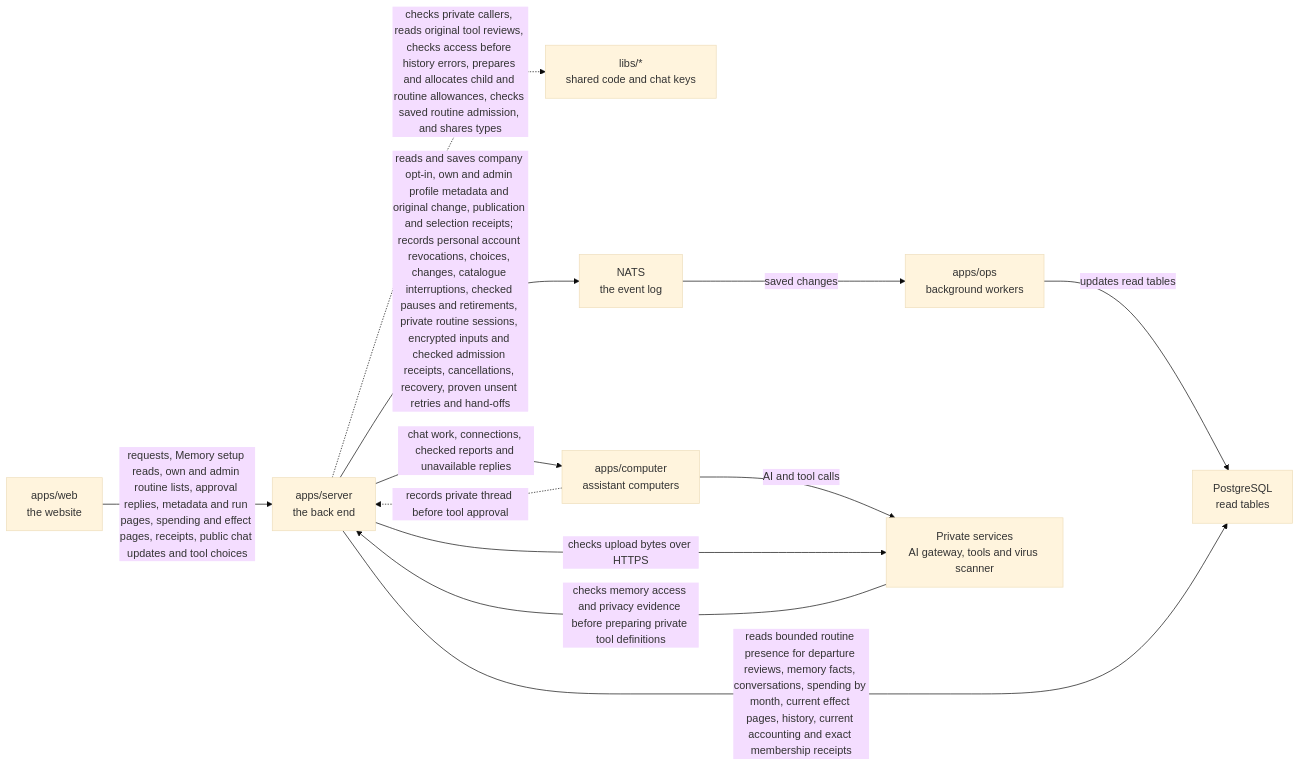
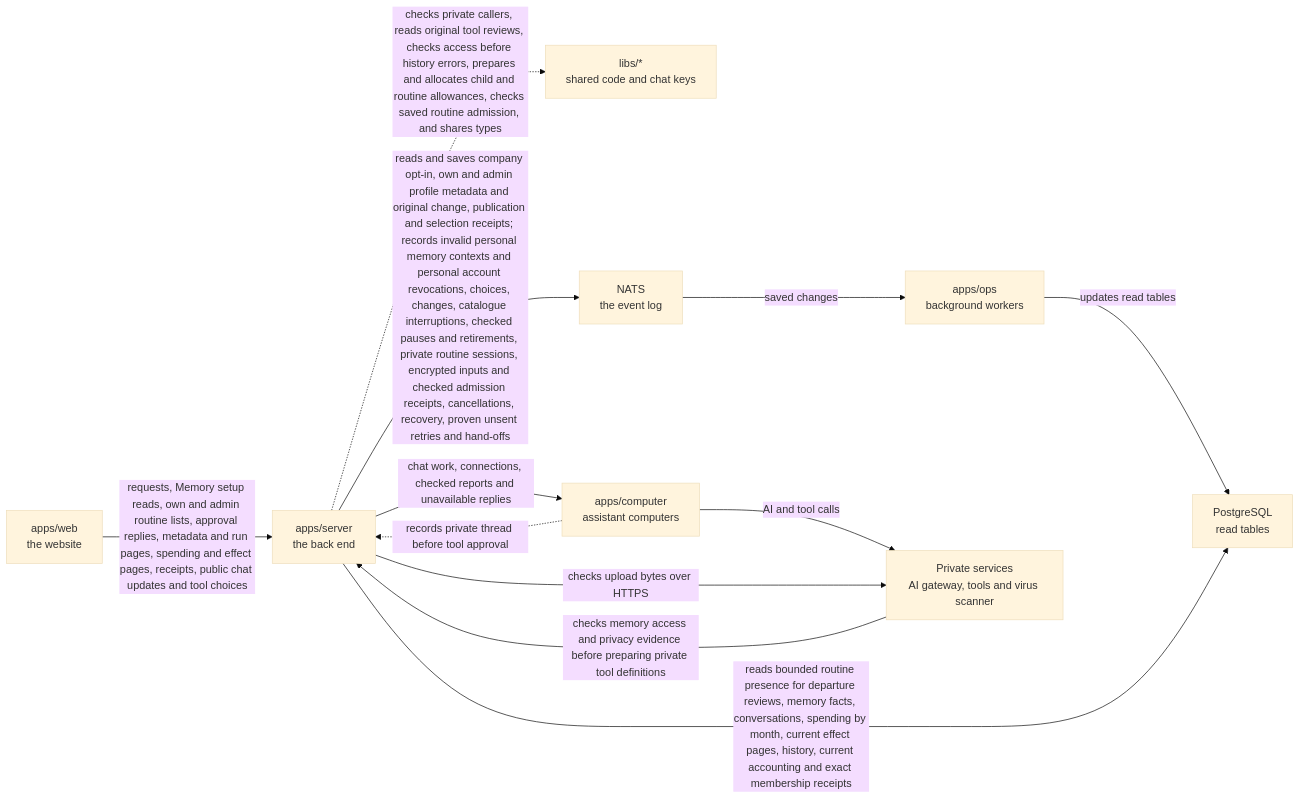
Before and after one commit to elewa-git/opencrane-new: the diagram in apps/server/README.md, drawn with Mermaid (base theme). The commit also changed other lines of this file and 5 other files, not shown here.

````diff
--- a/apps/server/README.md
+++ b/apps/server/README.md
@@ -95,14 +100,14 @@
 ```mermaid
 flowchart LR
   web["apps/web<br/>the website"] -->|requests, Memory setup reads, own and admin routine lists, approval replies, metadata and run pages, spending and effect pages, receipts, public chat updates and tool choices| server["apps/server<br/>the back end"]
   server -.->|checks private callers, reads original tool reviews, checks access before history errors, prepares and allocates child and routine allowances, checks saved routine admission, and shares types| libs["libs/*<br/>shared code and chat keys"]
-  server -->|reads and saves company opt-in, own and admin profile metadata and original change, publication and selection receipts; records personal account revocations, choices, changes, catalogue interruptions, checked pauses and retirements, private routine sessions, encrypted inputs and checked admission receipts, cancellations, recovery, proven unsent retries and hand-offs| nats["NATS<br/>the event log"]
+  server -->|reads and saves company opt-in, own and admin profile metadata and original change, publication and selection receipts; records invalid personal memory contexts and personal account revocations, choices, changes, catalogue interruptions, checked pauses and retirements, private routine sessions, encrypted inputs and checked admission receipts, cancellations, recovery, proven unsent retries and hand-offs| nats["NATS<br/>the event log"]
   nats -->|saved changes| ops["apps/ops<br/>background workers"]
   ops -->|updates read tables| postgres["PostgreSQL<br/>read tables"]
   server -->|reads bounded routine presence for departure reviews, memory facts, conversations, spending by month, current effect pages, history, current accounting and exact membership receipts| postgres
   server -->|chat work, connections, checked reports and unavailable replies| computer["apps/computer<br/>assistant computers"]
   computer -.->|records private thread before tool approval| server
   computer -->|AI and tool calls| runtime["Private services<br/>AI gateway, tools and virus scanner"]
   server -->|checks upload bytes over HTTPS| runtime
   runtime -->|checks memory access and privacy evidence before preparing private tool definitions| server
 ```
````
